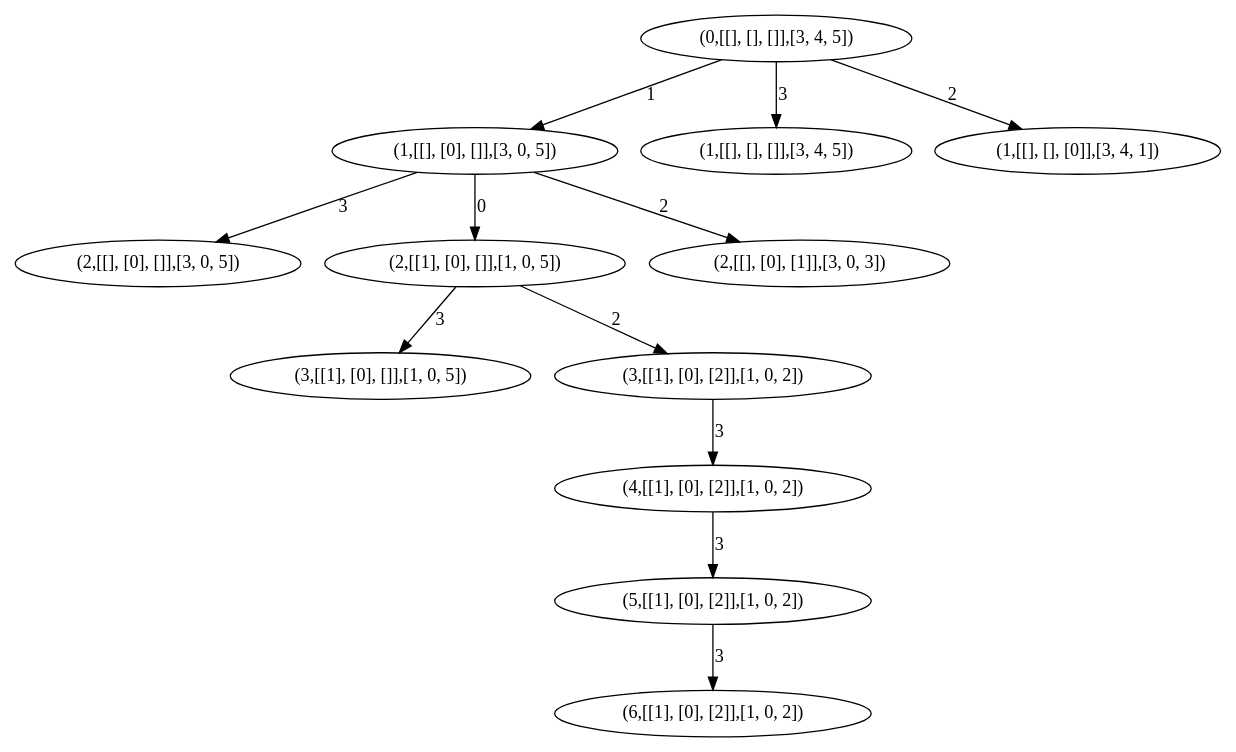
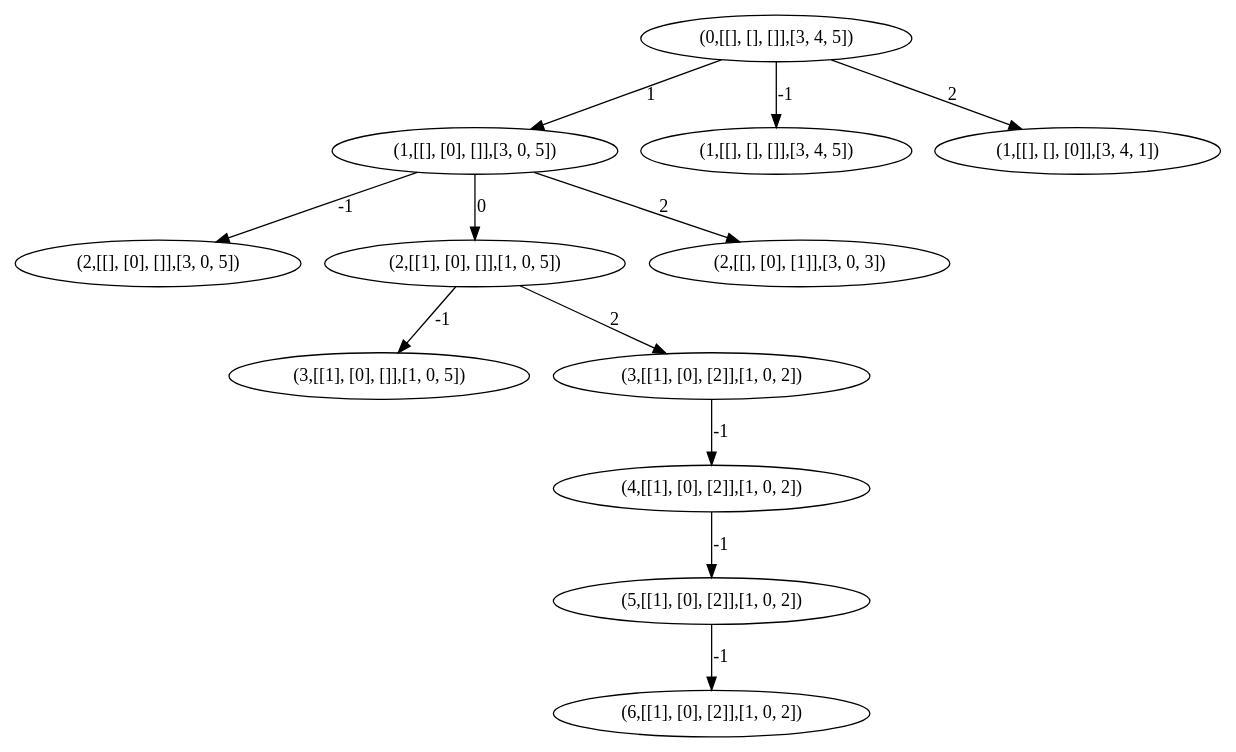
Before and after one commit to Gallardo7761/PI5: the diagram in generated/ej1AStar2.dot, drawn with Graphviz. The commit also changed 4 other files, not shown here.

```diff
--- a/generated/ej1AStar2.dot
+++ b/generated/ej1AStar2.dot
@@ -1,25 +1,25 @@
 strict digraph G {
   1 [ label="(2,[[], [0], []],[3, 0, 5])" ];
   2 [ label="(1,[[], [0], []],[3, 0, 5])" ];
   3 [ label="(3,[[1], [0], []],[1, 0, 5])" ];
   4 [ label="(2,[[1], [0], []],[1, 0, 5])" ];
   5 [ label="(2,[[], [0], [1]],[3, 0, 3])" ];
   6 [ label="(6,[[1], [0], [2]],[1, 0, 2])" ];
   7 [ label="(0,[[], [], []],[3, 4, 5])" ];
   8 [ label="(5,[[1], [0], [2]],[1, 0, 2])" ];
   9 [ label="(1,[[], [], []],[3, 4, 5])" ];
   10 [ label="(4,[[1], [0], [2]],[1, 0, 2])" ];
   11 [ label="(3,[[1], [0], [2]],[1, 0, 2])" ];
   12 [ label="(1,[[], [], [0]],[3, 4, 1])" ];
-  2 -> 1 [ label="3" ];
+  2 -> 1 [ label="-1" ];
   7 -> 2 [ label="1" ];
-  4 -> 3 [ label="3" ];
+  4 -> 3 [ label="-1" ];
   2 -> 4 [ label="0" ];
   2 -> 5 [ label="2" ];
-  8 -> 6 [ label="3" ];
-  10 -> 8 [ label="3" ];
-  7 -> 9 [ label="3" ];
-  11 -> 10 [ label="3" ];
+  8 -> 6 [ label="-1" ];
+  10 -> 8 [ label="-1" ];
+  7 -> 9 [ label="-1" ];
+  11 -> 10 [ label="-1" ];
   4 -> 11 [ label="2" ];
   7 -> 12 [ label="2" ];
 }
```
